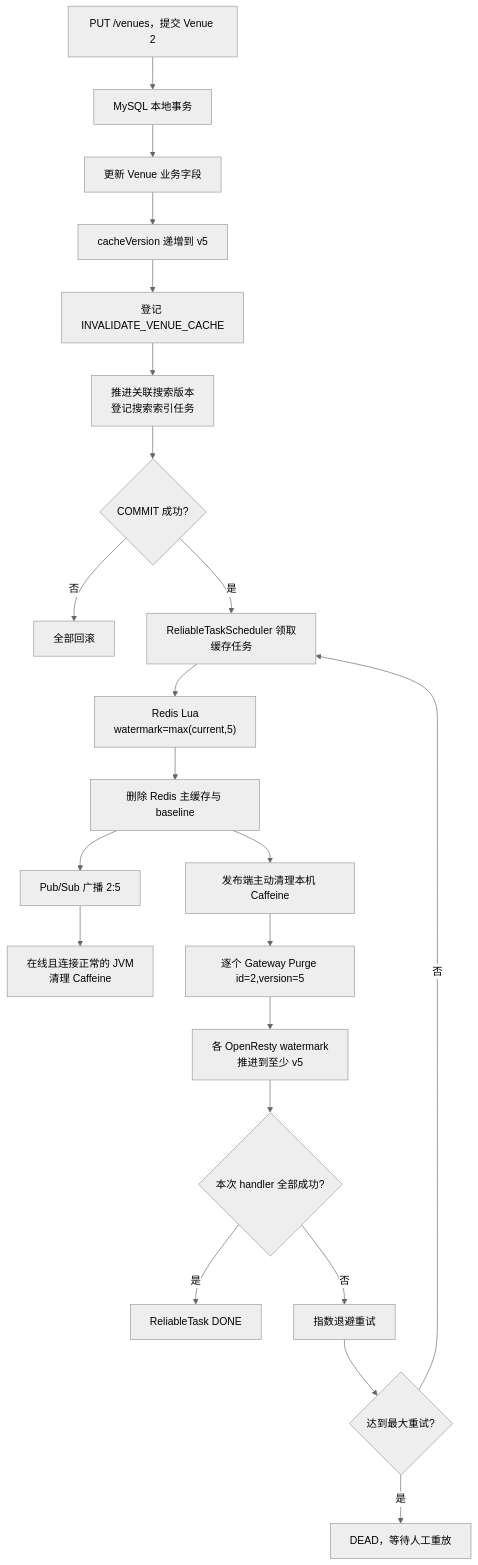
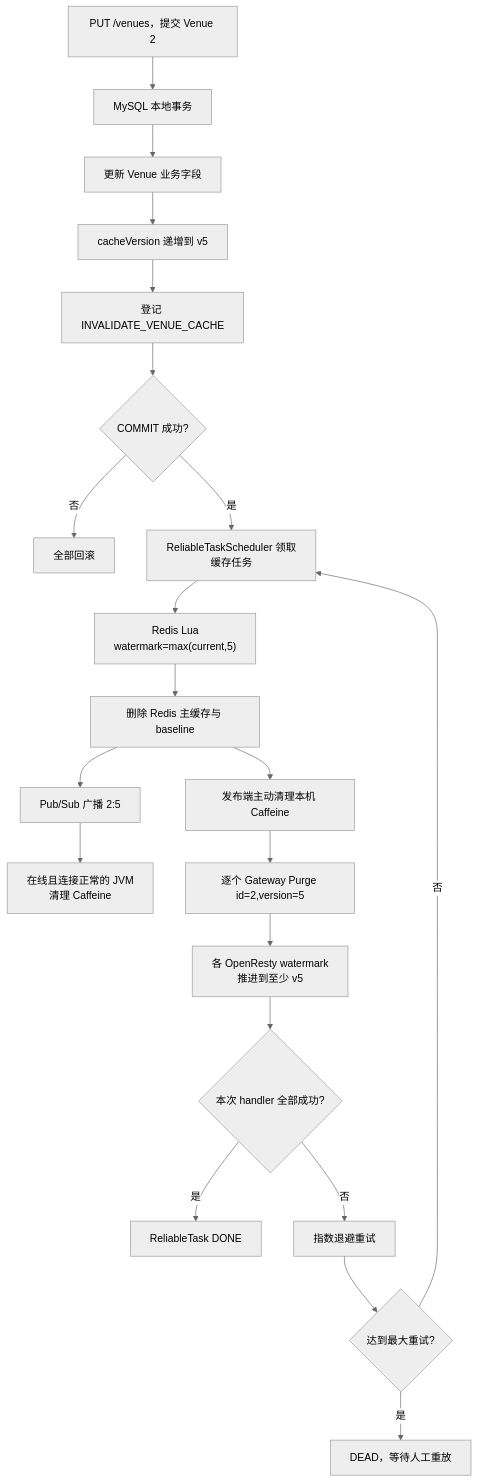
Before and after one commit to SyH-101/citypass-platform: diagram 15 of 16 in 02-多级缓存一致性.md, drawn with Mermaid (neutral theme). The commit also changed other lines of this file and 159 other files, not shown here.

````diff
--- a/02-多级缓存一致性.md
+++ b/02-多级缓存一致性.md
@@ -1436,24 +1275,23 @@
 ```mermaid
 flowchart TD
     A["PUT /venues，提交 Venue 2"] --> B["MySQL 本地事务"]
     B --> C["更新 Venue 业务字段"]
     C --> D["cacheVersion 递增到 v5"]
     D --> E["登记 INVALIDATE_VENUE_CACHE"]
-    E --> F["推进关联搜索版本<br/>登记搜索索引任务"]
-    F --> G{"COMMIT 成功?"}
+    E --> G{"COMMIT 成功?"}
     G -->|"否"| G0["全部回滚"]
     G -->|"是"| H["ReliableTaskScheduler 领取缓存任务"]
     H --> I["Redis Lua<br/>watermark=max(current,5)"]
     I --> J["删除 Redis 主缓存与 baseline"]
     J --> K["Pub/Sub 广播 2:5"]
     K --> L["在线且连接正常的 JVM<br/>清理 Caffeine"]
     J --> M["发布端主动清理本机 Caffeine"]
     M --> N["逐个 Gateway Purge id=2,version=5"]
     N --> O["各 OpenResty watermark<br/>推进到至少 v5"]
     O --> P{"本次 handler 全部成功?"}
     P -->|"是"| Q["ReliableTask DONE"]
     P -->|"否"| R["指数退避重试"]
     R --> S{"达到最大重试?"}
     S -->|"否"| H
     S -->|"是"| T["DEAD，等待人工重放"]
 ```
````
